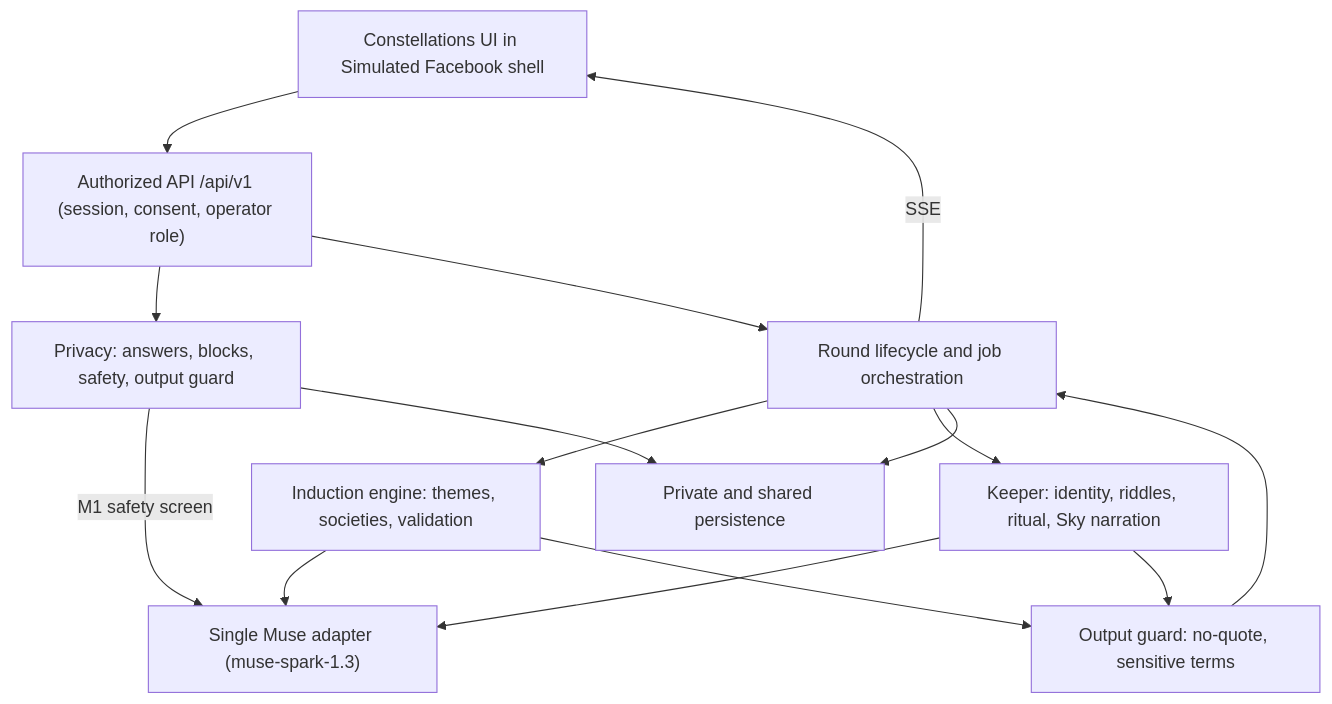
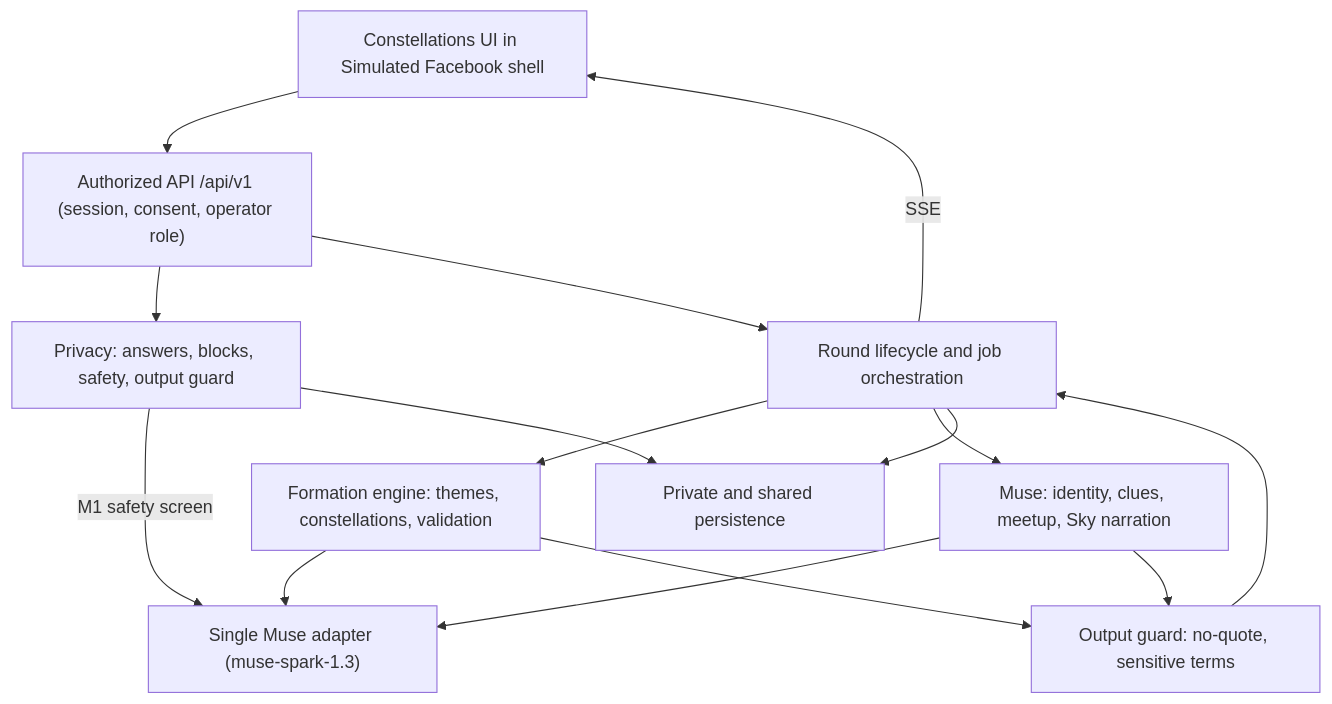
Before and after one commit to Meta-Hackathon-SF/Meta-Hackathon: the diagram in README.md, drawn with Mermaid. The commit also changed other lines of this file and 28 other files, not shown here.

First line of the commit message:
docs: refocus Constellations on the night-sky concept

````diff
--- a/README.md
+++ b/README.md
@@ -106,17 +106,17 @@
 ```mermaid
 flowchart TD
     UI["Constellations UI in Simulated Facebook shell"] --> API["Authorized API /api/v1 (session, consent, operator role)"]
     API --> PRIV["Privacy: answers, blocks, safety, output guard"]
     API --> ROUND["Round lifecycle and job orchestration"]
-    ROUND --> IND["Induction engine: themes, societies, validation"]
-    ROUND --> KEEP["Keeper: identity, riddles, ritual, Sky narration"]
+    ROUND --> IND["Formation engine: themes, constellations, validation"]
+    ROUND --> KEEP["Muse: identity, clues, meetup, Sky narration"]
     IND --> MUSE["Single Muse adapter (muse-spark-1.3)"]
     KEEP --> MUSE
     PRIV -->|"M1 safety screen"| MUSE
     IND --> GUARD["Output guard: no-quote, sensitive terms"]
     KEEP --> GUARD
     GUARD --> ROUND
     ROUND --> DB["Private and shared persistence"]
     PRIV --> DB
     ROUND -->|"SSE"| UI
 ```
````
